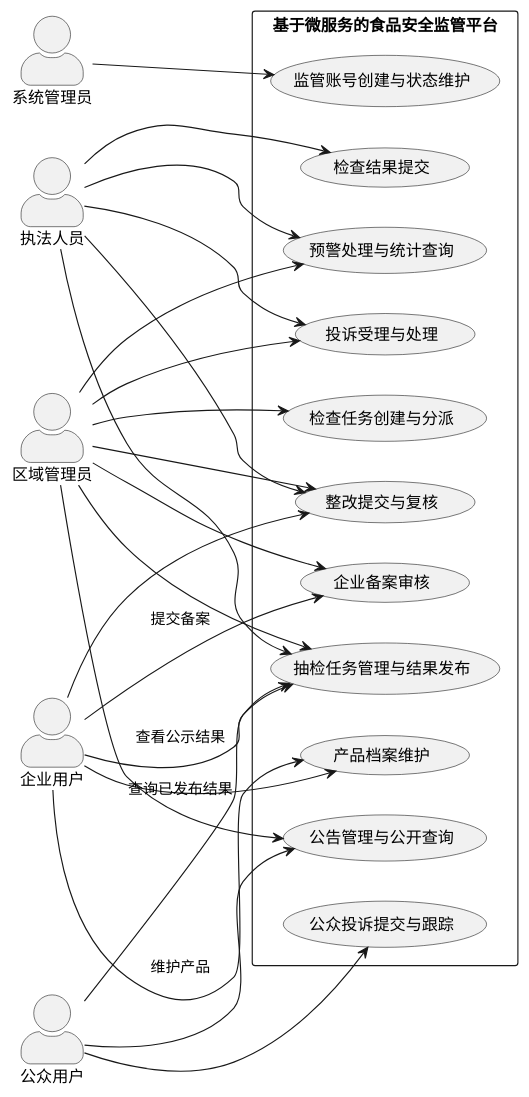
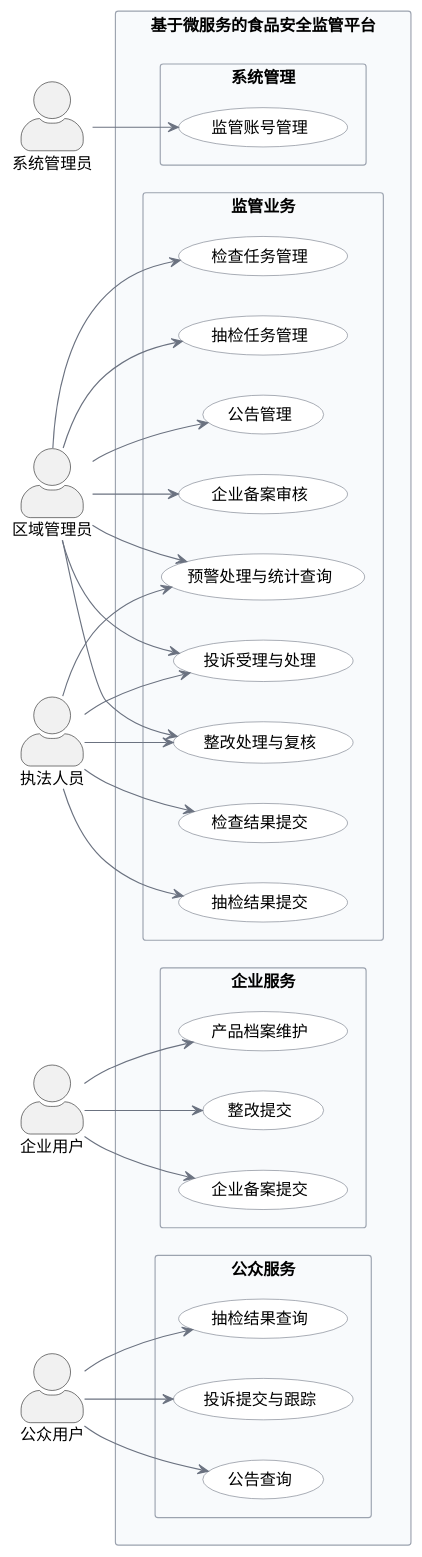
The diagram in food-safety-supervision-platform/figures/fig3-1-user-role-usecase.puml (WeJCh/FoodSafetyPlatform), drawn with PlantUML before and after one commit. The commit also changed other lines of this file and 2061 other files, not shown here.

```diff
--- a/food-safety-supervision-platform/figures/fig3-1-user-role-usecase.puml
+++ b/food-safety-supervision-platform/figures/fig3-1-user-role-usecase.puml
@@ -3,53 +3,70 @@
 @startuml
 left to right direction
+skinparam shadowing false
 skinparam packageStyle rectangle
 skinparam actorStyle awesome
-
+skinparam defaultFontName Microsoft YaHei
+skinparam rectangle {
+  BorderColor #6b7280
+  BackgroundColor #ffffff
+}
+skinparam package {
+  BorderColor #9ca3af
+  BackgroundColor #f8fafc
+}
+skinparam usecase {
+  BorderColor #6b7280
+  BackgroundColor #ffffff
+  ArrowColor #6b7280
+}
 actor "系统管理员" as Admin
 actor "区域管理员" as RegAdmin
 actor "执法人员" as Enforcer
 actor "企业用户" as Enterprise
 actor "公众用户" as Public
-
 rectangle "基于微服务的食品安全监管平台" {
-  usecase "监管账号创建与状态维护" as UC1
-  usecase "企业备案审核" as UC2
-  usecase "产品档案维护" as UC3
-  usecase "检查任务创建与分派" as UC4
-  usecase "检查结果提交" as UC5
-  usecase "整改提交与复核" as UC6
-  usecase "抽检任务管理与结果发布" as UC7
-  usecase "公众投诉提交与跟踪" as UC8
-  usecase "投诉受理与处理" as UC9
-  usecase "公告管理与公开查询" as UC10
-  usecase "预警处理与统计查询" as UC11
+  package "系统管理" {
+    usecase "监管账号管理" as UC_Admin
+  }
+  package "监管业务" {
+    usecase "企业备案审核" as UC_Approve
+    usecase "检查任务管理" as UC_InspectTask
+    usecase "检查结果提交" as UC_InspectSubmit
+    usecase "整改处理与复核" as UC_Rectify
+    usecase "抽检任务管理" as UC_SamplingTask
+    usecase "抽检结果提交" as UC_SamplingSubmit
+    usecase "投诉受理与处理" as UC_ComplaintHandle
+    usecase "预警处理与统计查询" as UC_WarningStats
+    usecase "公告管理" as UC_BulletinManage
+  }
+  package "企业服务" {
+    usecase "企业备案提交" as UC_ProfileSubmit
+    usecase "产品档案维护" as UC_Product
+    usecase "整改提交" as UC_RectifySubmit
+  }
+  package "公众服务" {
+    usecase "公告查询" as UC_BulletinQuery
+    usecase "抽检结果查询" as UC_SamplingQuery
+    usecase "投诉提交与跟踪" as UC_ComplaintPublic
+  }
 }
-
-Admin --> UC1
-
-RegAdmin --> UC2
-RegAdmin --> UC4
-RegAdmin --> UC6
-RegAdmin --> UC7
-RegAdmin --> UC9
-RegAdmin --> UC10
-RegAdmin --> UC11
-
-Enforcer --> UC5
-Enforcer --> UC6
-Enforcer --> UC7
-Enforcer --> UC9
-Enforcer --> UC11
-
-Enterprise --> UC3
-Enterprise --> UC6
-
-Public --> UC8
-Public --> UC10
-
-Enterprise --> UC2 : 提交备案
-Enterprise --> UC3 : 维护产品
-Enterprise --> UC7 : 查看公示结果
-Public --> UC7 : 查询已发布结果
-
+Admin --> UC_Admin
+RegAdmin --> UC_Approve
+RegAdmin --> UC_InspectTask
+RegAdmin --> UC_Rectify
+RegAdmin --> UC_SamplingTask
+RegAdmin --> UC_ComplaintHandle
+RegAdmin --> UC_WarningStats
+RegAdmin --> UC_BulletinManage
+Enforcer --> UC_InspectSubmit
+Enforcer --> UC_Rectify
+Enforcer --> UC_SamplingSubmit
+Enforcer --> UC_ComplaintHandle
+Enforcer --> UC_WarningStats
+Enterprise --> UC_ProfileSubmit
+Enterprise --> UC_Product
+Enterprise --> UC_RectifySubmit
+Public --> UC_BulletinQuery
+Public --> UC_SamplingQuery
+Public --> UC_ComplaintPublic
 @enduml
```
